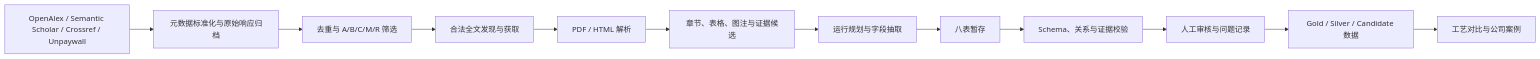
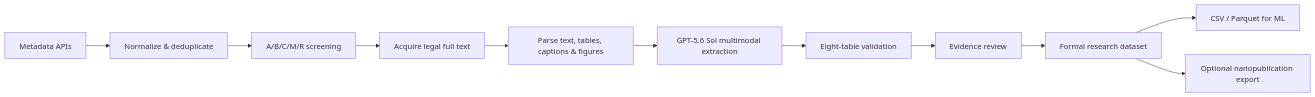
One commit to edwardwwwy/CNT-PatSight changed the diagram in README.md. Above: the diagram before and after it, drawn with Mermaid. The commit also changed other lines of this file and 39 other files, not shown here.

````diff
--- a/README.md
+++ b/README.md
@@ -87,14 +45,13 @@
 ```mermaid
 flowchart LR
-    A["OpenAlex / Semantic Scholar / Crossref / Unpaywall"] --> B["元数据标准化与原始响应归档"]
-    B --> C["去重与 A/B/C/M/R 筛选"]
-    C --> D["合法全文发现与获取"]
-    D --> E["PDF / HTML 解析"]
-    E --> F["章节、表格、图注与证据候选"]
-    F --> G["运行规划与字段抽取"]
-    G --> H["八表暂存"]
-    H --> I["Schema、关系与证据校验"]
-    I --> J["人工审核与问题记录"]
-    J --> K["Gold / Silver / Candidate 数据"]
-    K --> L["工艺对比与公司案例"]
+    A[Metadata APIs] --> B[Normalize & deduplicate]
+    B --> C[A/B/C/M/R screening]
+    C --> D[Acquire legal full text]
+    D --> E[Parse text, tables, captions & figures]
+    E --> F[GPT-5.6 Sol multimodal extraction]
+    F --> G[Eight-table validation]
+    G --> H[Evidence review]
+    H --> I[Formal research dataset]
+    I --> J[CSV / Parquet for ML]
+    I --> K[Optional nanopublication export]
 ```
````
